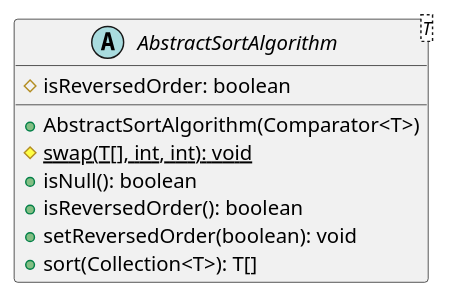
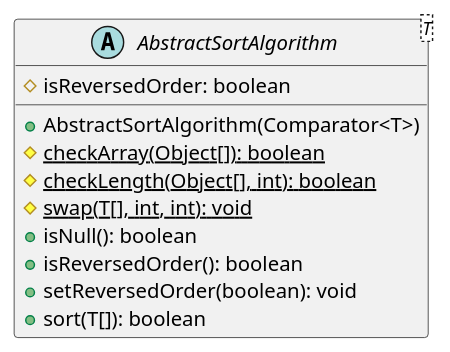
One commit to P-Kalin/kit26a changed the diagram in malokhvii-eduard/malokhvii05/doc/plantuml/ua/khpi/oop/malokhvii05/common/algorithms/sort/AbstractSortAlgorithm.puml. Above: the diagram before and after it, drawn with PlantUML. The commit also changed 47 other files, not shown here.

Commit message:
#3, #13 malokhvii05: update graphs

```diff
--- a/malokhvii-eduard/malokhvii05/doc/plantuml/ua/khpi/oop/malokhvii05/common/algorithms/sort/AbstractSortAlgorithm.puml
+++ b/malokhvii-eduard/malokhvii05/doc/plantuml/ua/khpi/oop/malokhvii05/common/algorithms/sort/AbstractSortAlgorithm.puml
@@ -1,13 +1,15 @@
 @startuml
 
     abstract class AbstractSortAlgorithm<T> {
         #isReversedOrder: boolean
         +AbstractSortAlgorithm(Comparator<T>)
+        {static} #checkArray(Object[]): boolean
+        {static} #checkLength(Object[], int): boolean
         {static} #swap(T[], int, int): void
         +isNull(): boolean
         +isReversedOrder(): boolean
         +setReversedOrder(boolean): void
-        +sort(Collection<T>): T[]
+        +sort(T[]): boolean
     }
 
 @enduml
```
